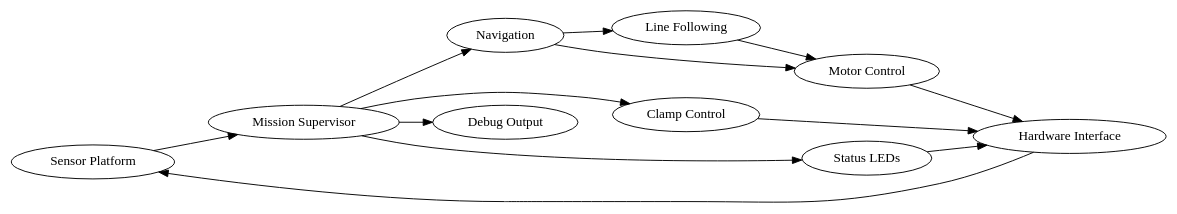
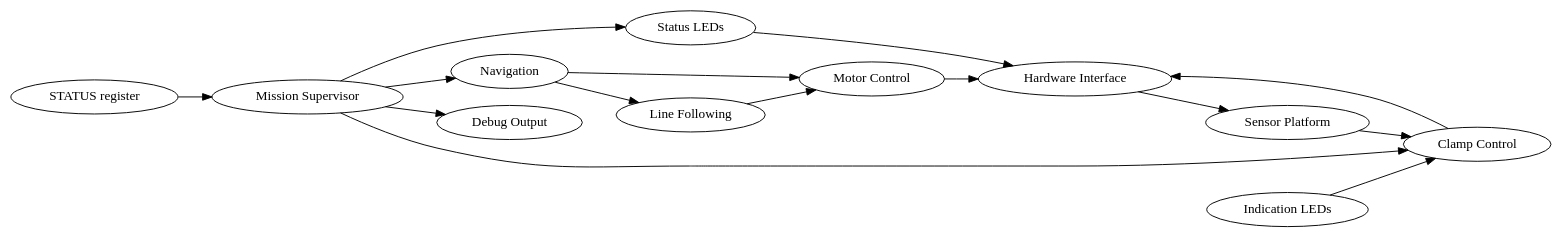
Before and after one commit to adamgreig/IDP: the diagram in misc/layout.dot, drawn with Graphviz. The commit also changed 1 other file, not shown here.

Commit message:
First draft of mission supervisor state machine dot file

```diff
--- a/misc/layout.dot
+++ b/misc/layout.dot
@@ -1,15 +1,17 @@
 digraph layout {
     rankdir=LR;
-    "Sensor Platform" -> "Mission Supervisor";
+    "STATUS register" -> "Mission Supervisor";
     "Mission Supervisor" -> "Navigation";
     "Navigation" -> "Line Following";
     "Line Following" -> "Motor Control";
     "Navigation" -> "Motor Control";
     "Mission Supervisor" -> "Clamp Control";
     "Mission Supervisor" -> "Debug Output";
     "Mission Supervisor" -> "Status LEDs";
     "Motor Control" -> "Hardware Interface";
+    "Sensor Platform" -> "Clamp Control";
+    "Indication LEDs" -> "Clamp Control";
     "Clamp Control" -> "Hardware Interface";
     "Status LEDs" -> "Hardware Interface";
     "Hardware Interface" -> "Sensor Platform";
 }
```
